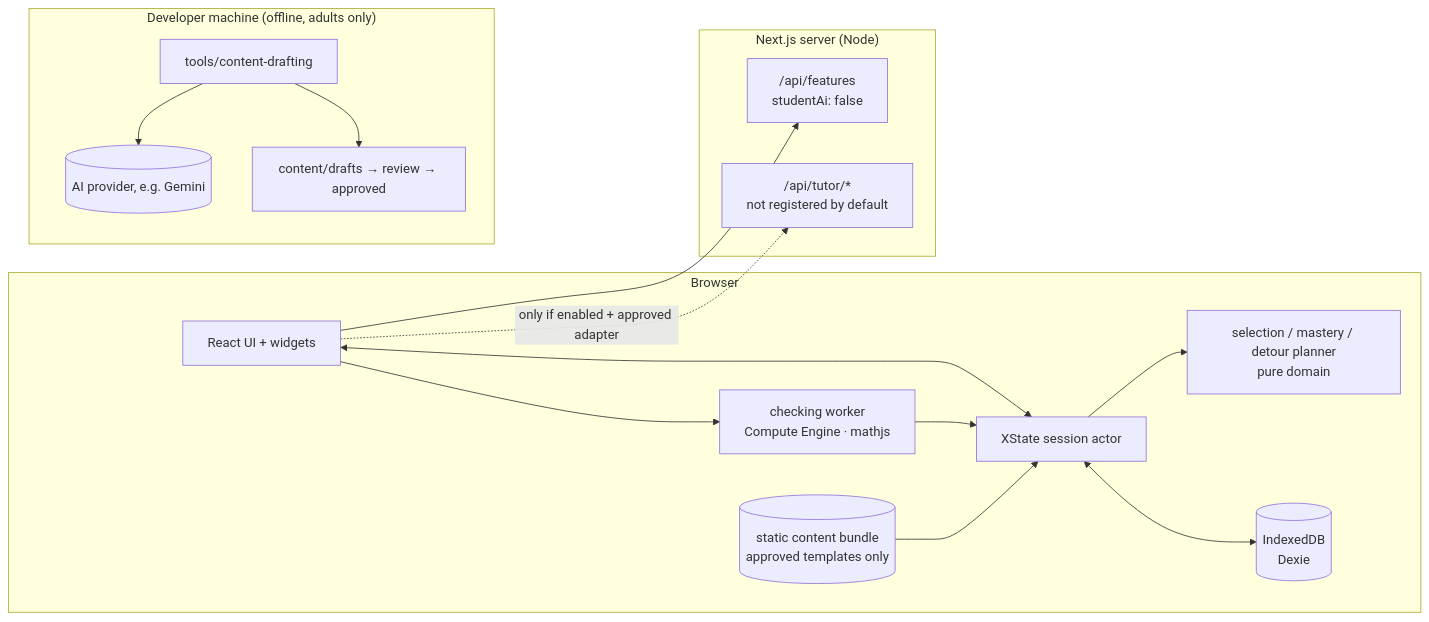
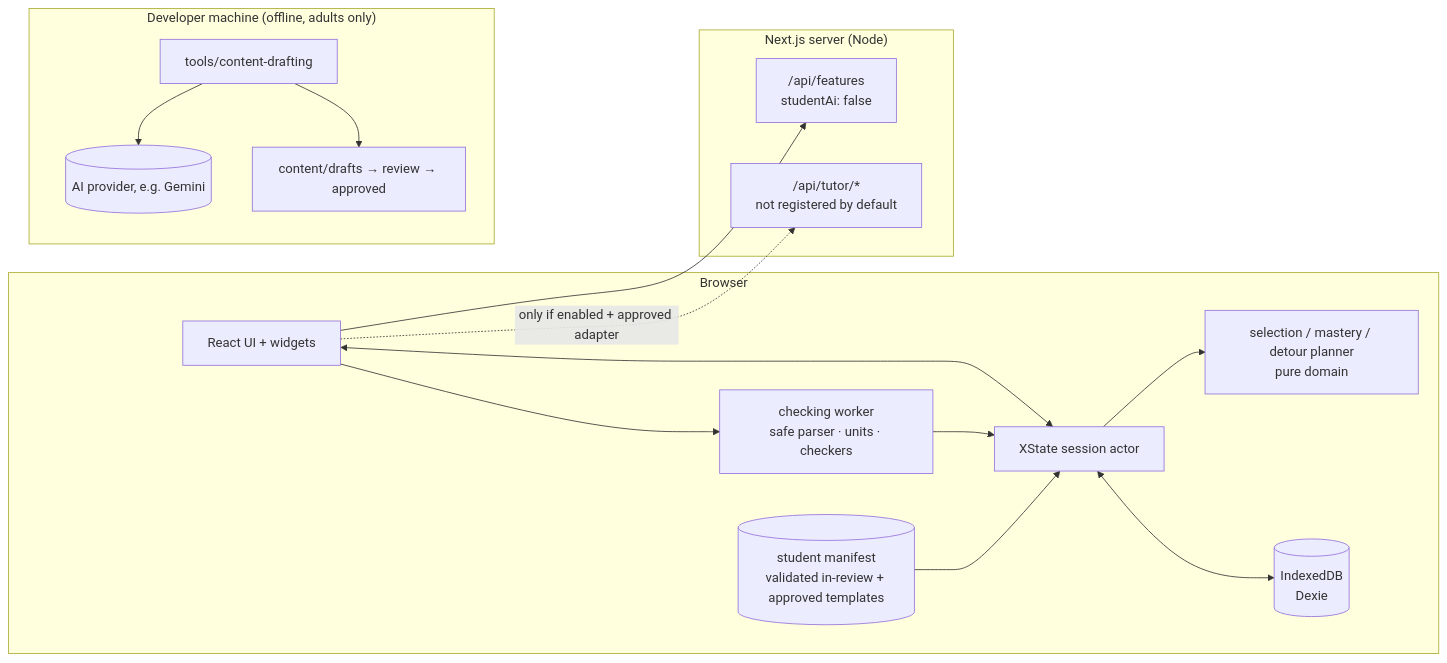
Before and after one commit to Devil-Atharva/SOLO-LEVELING-: the diagram in docs/01-architecture.md, drawn with Mermaid. The commit also changed other lines of this file and 107 other files, not shown here.

````diff
--- a/docs/01-architecture.md
+++ b/docs/01-architecture.md
@@ -68,21 +70,21 @@
 ```mermaid
 flowchart LR
   subgraph Browser
     UI[React UI + widgets] <--> M[XState session actor]
     M --> SEL[selection / mastery / detour planner<br/>pure domain]
     M <--> DB[(IndexedDB<br/>Dexie)]
-    UI --> W[checking worker<br/>Compute Engine · mathjs]
+    UI --> W[checking worker<br/>safe parser · units · checkers]
     W --> M
-    C[(static content bundle<br/>approved templates only)] --> M
+    C[(student manifest<br/>validated in-review + approved templates)] --> M
   end
   subgraph Server["Next.js server (Node)"]
     F["/api/features<br/>studentAi: false"]
     T["/api/tutor/*<br/>not registered by default"]
   end
   UI --> F
   UI -. only if enabled + approved adapter .-> T
   subgraph Dev["Developer machine (offline, adults only)"]
     D[tools/content-drafting] --> G[(AI provider, e.g. Gemini)]
     D --> DR[content/drafts → review → approved]
   end
 ```
````
